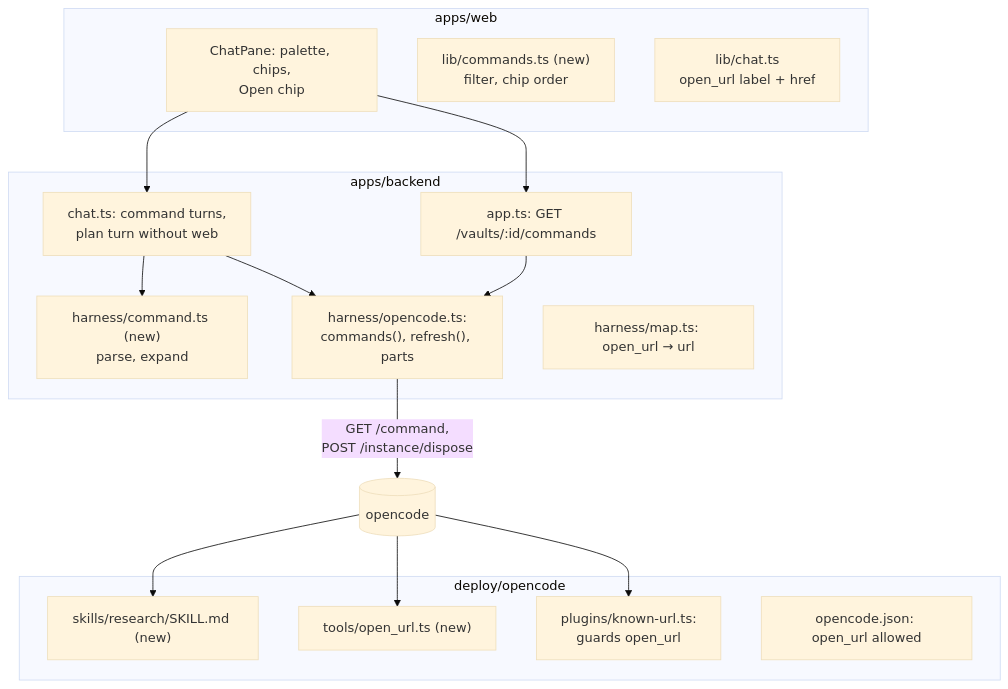
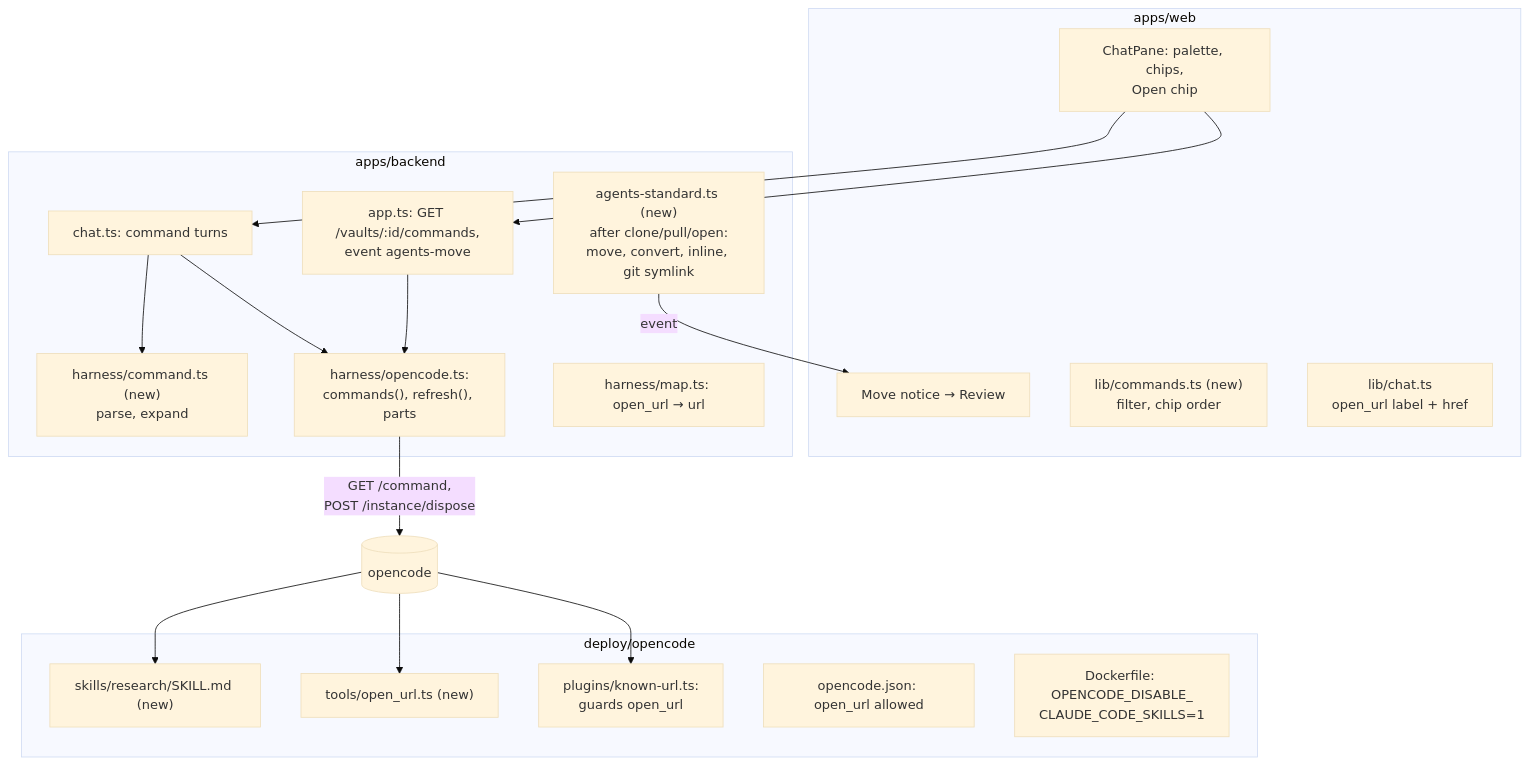
Before and after one commit to tillg/karpathy.app: the second of 2 diagrams in specs/changes/chat-commands-research/proposal.md, drawn with Mermaid (base theme). The commit also changed other lines of this file and 3 other files, not shown here.

First line of the commit message:
spec(chat-commands-research): settle grilling decisions

````diff
--- a/specs/changes/chat-commands-research/proposal.md
+++ b/specs/changes/chat-commands-research/proposal.md
@@ -123,28 +168,32 @@
 ```mermaid
 flowchart TB
     subgraph web["apps/web"]
       CP["ChatPane: palette, chips,<br/>Open chip"]
+      AD["Move notice → Review"]
       LC["lib/commands.ts (new)<br/>filter, chip order"]
       LCH["lib/chat.ts<br/>open_url label + href"]
     end
     subgraph backend["apps/backend"]
-      APP["app.ts: GET /vaults/:id/commands"]
-      CH["chat.ts: command turns,<br/>plan turn without web"]
+      APP["app.ts: GET /vaults/:id/commands,<br/>event agents-move"]
+      MIG["agents-standard.ts (new)<br/>after clone/pull/open:<br/>move, convert, inline, git symlink"]
+      CH["chat.ts: command turns"]
       HC["harness/command.ts (new)<br/>parse, expand"]
       HO["harness/opencode.ts:<br/>commands(), refresh(), parts"]
       HM["harness/map.ts: open_url → url"]
     end
     subgraph image["deploy/opencode"]
       SK["skills/research/SKILL.md (new)"]
       OU["tools/open_url.ts (new)"]
       KU["plugins/known-url.ts:<br/>guards open_url"]
       CFG["opencode.json: open_url allowed"]
+      ENV["Dockerfile: OPENCODE_DISABLE_<br/>CLAUDE_CODE_SKILLS=1"]
     end
+    MIG -- event --> AD
     CP --> APP --> HO
     CP --> CH --> HC
     CH --> HO
     HO -- "GET /command,<br/>POST /instance/dispose" --> OC[(opencode)]
     OC --> SK
     OC --> OU
     OC --> KU
 ```
````
